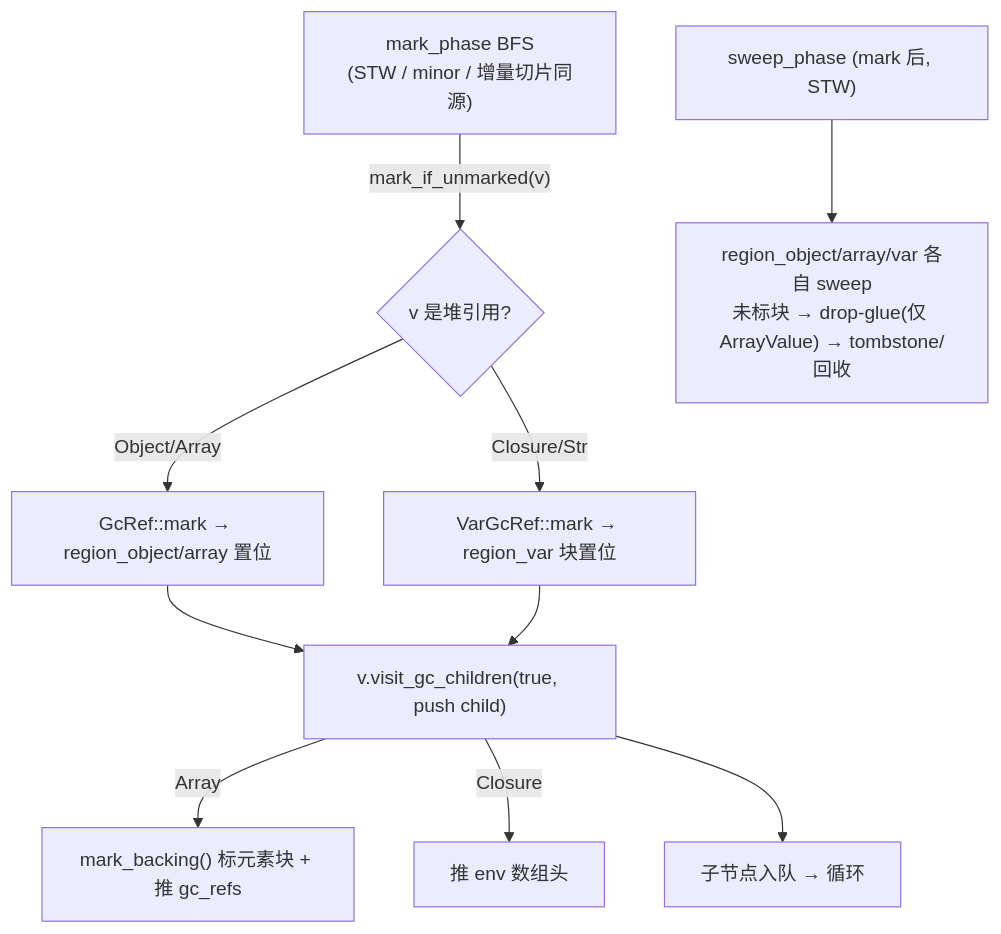
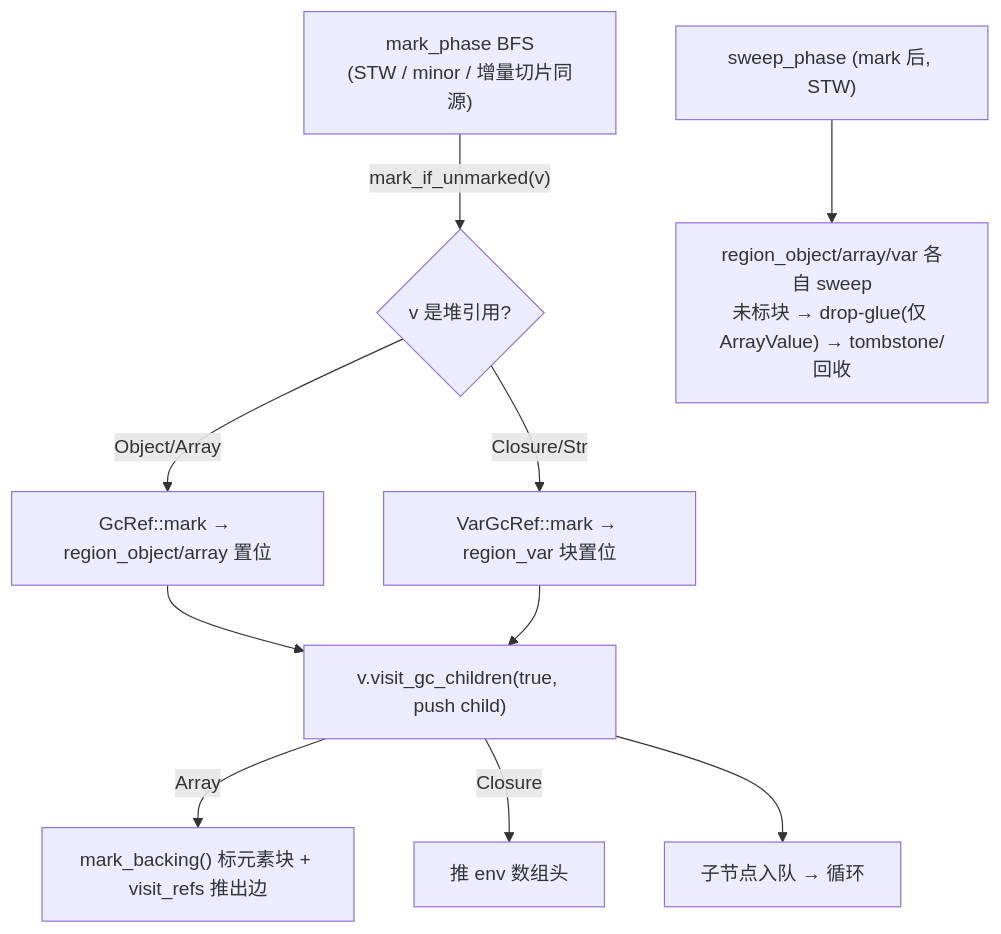
One commit to z42-lang/z42 changed the diagram in docs/internals/src/runtime/gc.md. Above: the diagram before and after it, drawn with Mermaid. The commit also changed other lines of this file and 91 other files, not shown here.

````diff
--- a/docs/internals/src/runtime/gc.md
+++ b/docs/internals/src/runtime/gc.md
@@ -300,12 +302,12 @@
 ```mermaid
 flowchart TD
   MARK["mark_phase BFS<br/>(STW / minor / 增量切片同源)"] -->|"mark_if_unmarked(v)"| M{"v 是堆引用?"}
   M -->|"Object/Array"| RO["GcRef::mark → region_object/array 置位"]
   M -->|"Closure/Str"| RV["VarGcRef::mark → region_var 块置位"]
   RO --> TC["v.visit_gc_children(true, push child)"]
   RV --> TC
-  TC -->|"Array"| MB["mark_backing() 标元素块 + 推 gc_refs"]
+  TC -->|"Array"| MB["mark_backing() 标元素块 + visit_refs 推出边"]
   TC -->|"Closure"| CE["推 env 数组头"]
   TC --> Q["子节点入队 → 循环"]
   SWEEP["sweep_phase (mark 后, STW)"] --> S3["region_object/array/var 各自 sweep<br/>未标块 → drop-glue(仅 ArrayValue) → tombstone/回收"]
 ```
````
